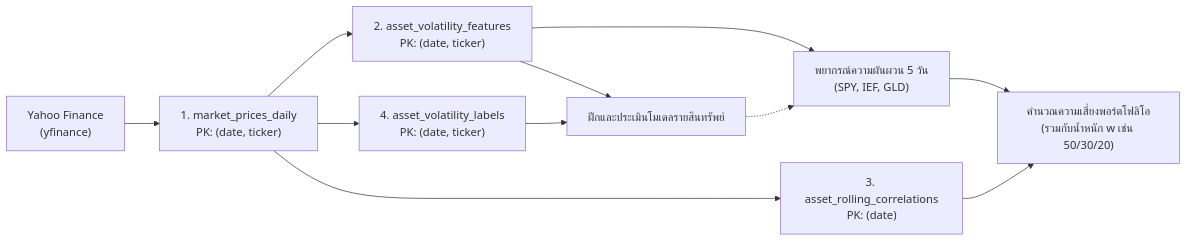
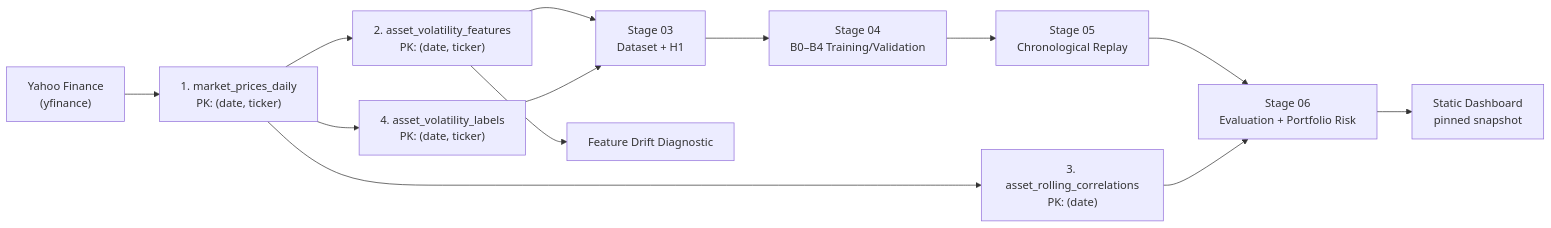
The first of 2 diagrams in docs/pipeline.md (01aptx01/datasci-and-dataen-project), drawn with Mermaid before and after one commit. The commit also changed other lines of this file and 24 other files, not shown here.

````diff
--- a/docs/pipeline.md
+++ b/docs/pipeline.md
@@ -39,12 +43,15 @@
 ```mermaid
 flowchart LR
     YF["Yahoo Finance<br>(yfinance)"] --> MPD["1. market_prices_daily<br>PK: (date, ticker)"]
     MPD --> AVF["2. asset_volatility_features<br>PK: (date, ticker)"]
     MPD --> ARC["3. asset_rolling_correlations<br>PK: (date)"]
     MPD --> AVL["4. asset_volatility_labels<br>PK: (date, ticker)"]
-    
-    AVF & AVL --> TRAIN["ฝึกและประเมินโมเดลรายสินทรัพย์"]
-    AVF --> PRED["พยากรณ์ความผันผวน 5 วัน<br>(SPY, IEF, GLD)"]
-    TRAIN -.-> PRED
-    PRED & ARC --> PORT["คำนวณความเสี่ยงพอร์ตโฟลิโอ<br>(รวมกับน้ำหนัก w เช่น 50/30/20)"]
+
+    AVF & AVL --> DATASET["Stage 03<br>Dataset + H1"]
+    DATASET --> TRAIN["Stage 04<br>B0–B4 Training/Validation"]
+    TRAIN --> REPLAY["Stage 05<br>Chronological Replay"]
+    REPLAY --> EVAL["Stage 06<br>Evaluation + Portfolio Risk"]
+    ARC --> EVAL
+    EVAL --> DASH["Static Dashboard<br>pinned snapshot"]
+    AVF --> DRIFT["Feature Drift Diagnostic"]
 ```
````
